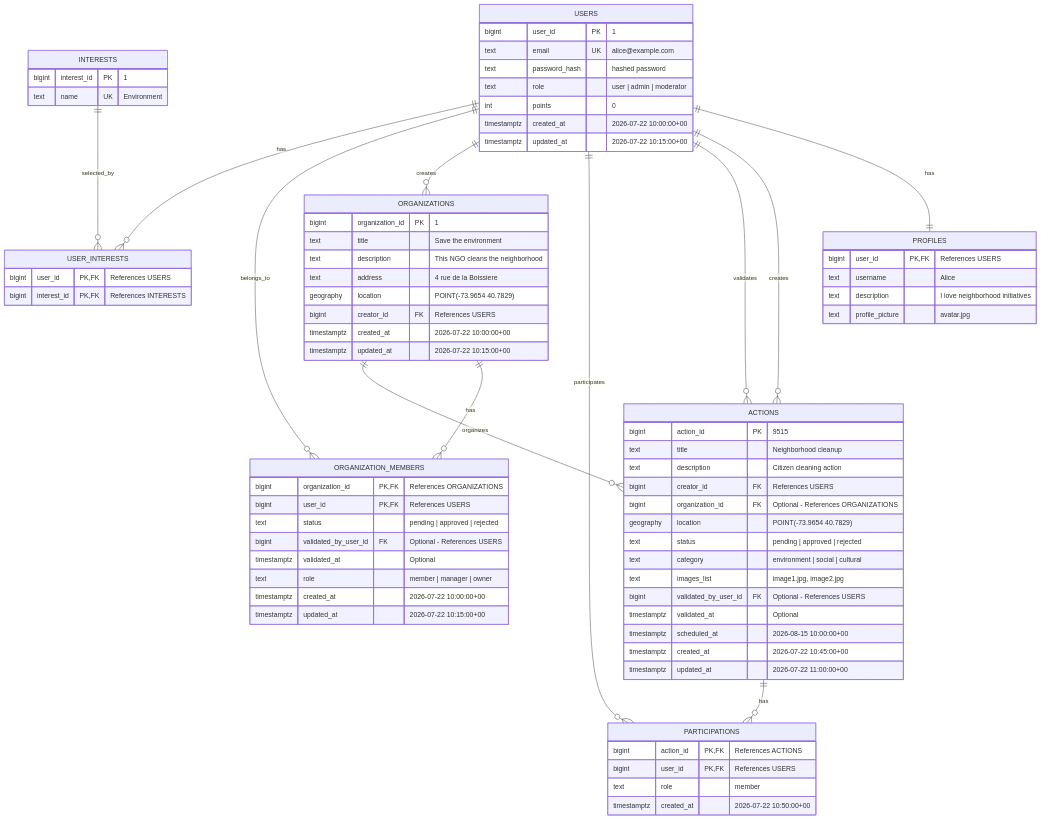
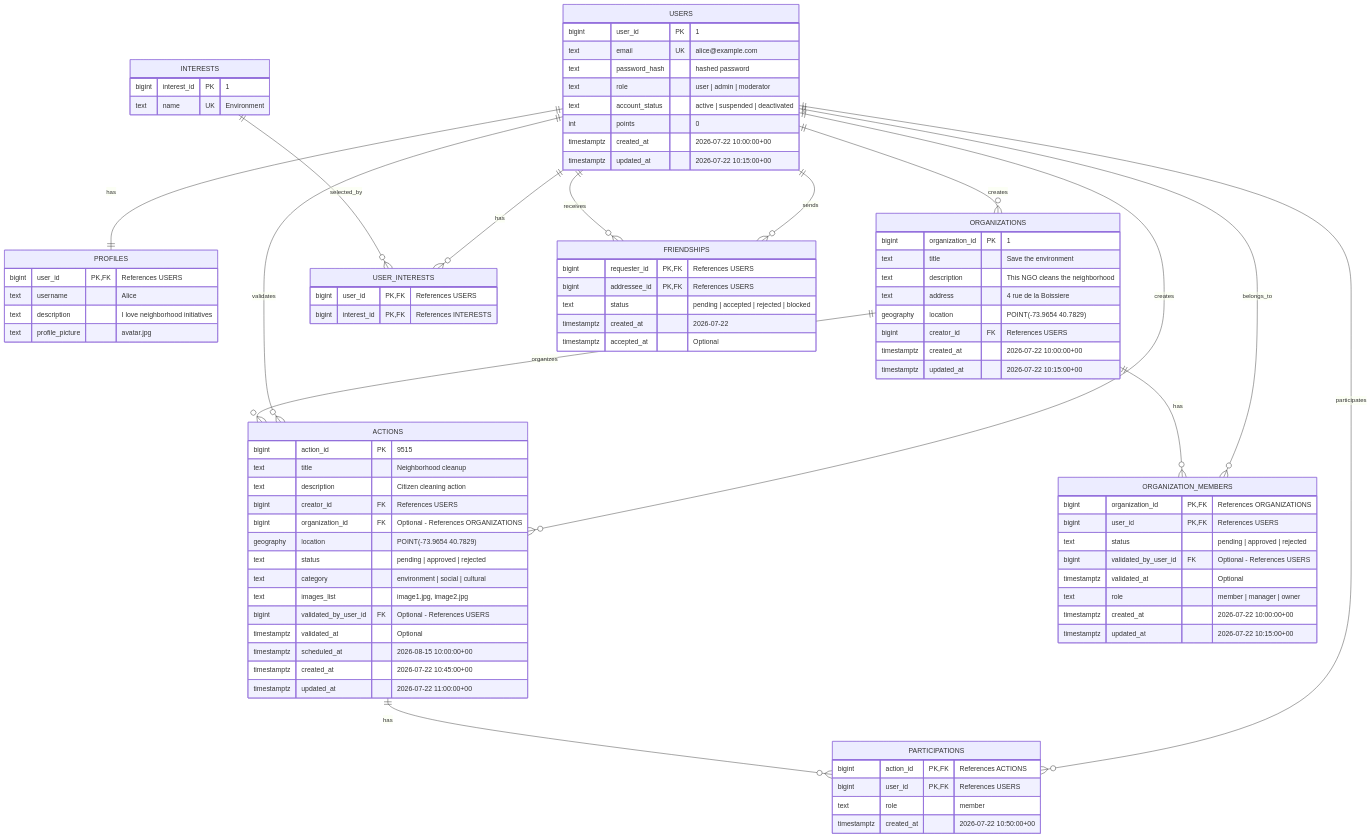
One commit to Pioupiounade/Transcendance changed the diagram in Docs/database.md. Above: the diagram before and after it, drawn with Mermaid. The commit also changed other lines of this file and 3 other files, not shown here.

Commit message:
schema.prisma termine

```diff
--- a/Docs/database.md
+++ b/Docs/database.md
@@ -20,11 +20,15 @@
     USERS ||--o{ USER_INTERESTS : has
     INTERESTS ||--o{ USER_INTERESTS : selected_by
 
+    USERS ||--o{ FRIENDSHIPS : sends
+    USERS ||--o{ FRIENDSHIPS : receives
+
     USERS {
         bigint user_id PK "1"
         text email UK "alice@example.com"
         text password_hash "hashed password"
         text role "user | admin | moderator"
+		text account_status "active | suspended | deactivated"
         int points "0"
         timestamptz created_at "2026-07-22 10:00:00+00"
         timestamptz updated_at "2026-07-22 10:15:00+00"
@@ -83,6 +87,14 @@
         timestamptz updated_at "2026-07-22 10:15:00+00"
     }
 
+	FRIENDSHIPS {
+    	bigint requester_id PK,FK "References USERS"
+    	bigint addressee_id PK,FK "References USERS"
+    	text status "pending | accepted | rejected | blocked"
+    	timestamptz created_at "2026-07-22"
+    	timestamptz accepted_at "Optional"
+	}
+
     INTERESTS {
         bigint interest_id PK "1"
         text name UK "Environment"
```
